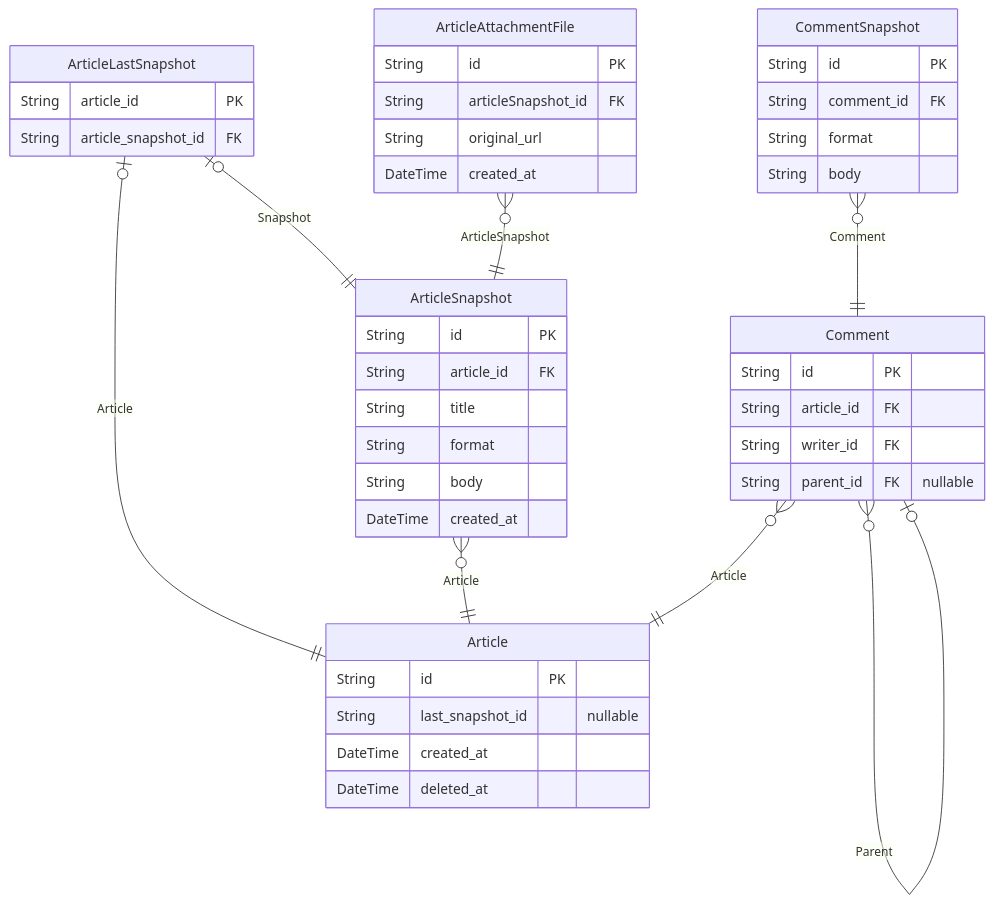
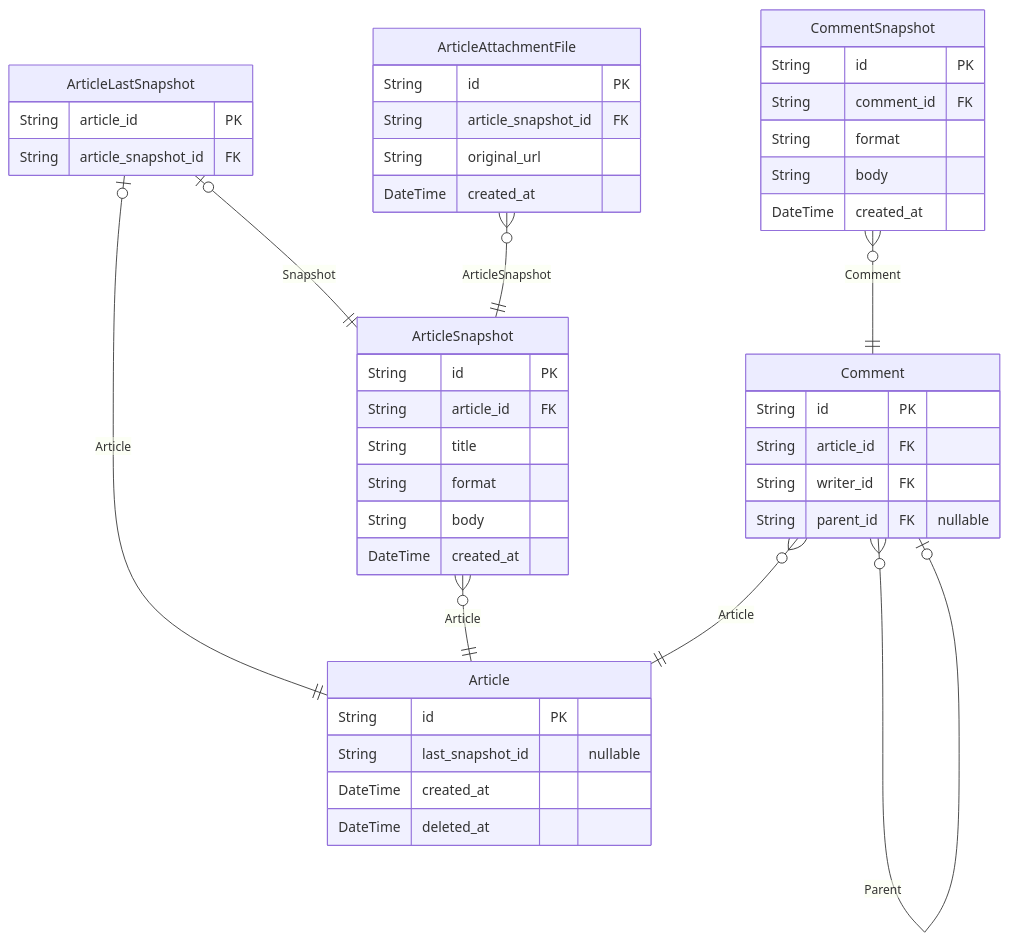
Before and after one commit to kakasoo/github-erd: the first of 5 diagrams in prisma/docs/ERD.md, drawn with Mermaid. The commit also changed other lines of this file and 3 other files, not shown here.

````diff
--- a/prisma/docs/ERD.md
+++ b/prisma/docs/ERD.md
@@ -11,46 +11,47 @@
 ```mermaid
 erDiagram
 "Article" {
   String id PK
   String last_snapshot_id "nullable"
   DateTime created_at
   DateTime deleted_at
 }
 "Comment" {
   String id PK
   String article_id FK
   String writer_id FK
   String parent_id FK "nullable"
 }
 "CommentSnapshot" {
   String id PK
   String comment_id FK
   String format
   String body
+  DateTime created_at
 }
 "ArticleLastSnapshot" {
   String article_id PK
   String article_snapshot_id FK
 }
 "ArticleSnapshot" {
   String id PK
   String article_id FK
   String title
   String format
   String body
   DateTime created_at
 }
 "ArticleAttachmentFile" {
   String id PK
-  String articleSnapshot_id FK
+  String article_snapshot_id FK
   String original_url
   DateTime created_at
 }
 "Comment" }o--|| "Article" : Article
 "Comment" }o--o| "Comment" : Parent
 "CommentSnapshot" }o--|| "Comment" : Comment
 "ArticleLastSnapshot" |o--|| "Article" : Article
 "ArticleLastSnapshot" |o--|| "ArticleSnapshot" : Snapshot
 "ArticleSnapshot" }o--|| "Article" : Article
 "ArticleAttachmentFile" }o--|| "ArticleSnapshot" : ArticleSnapshot
 ```
````
